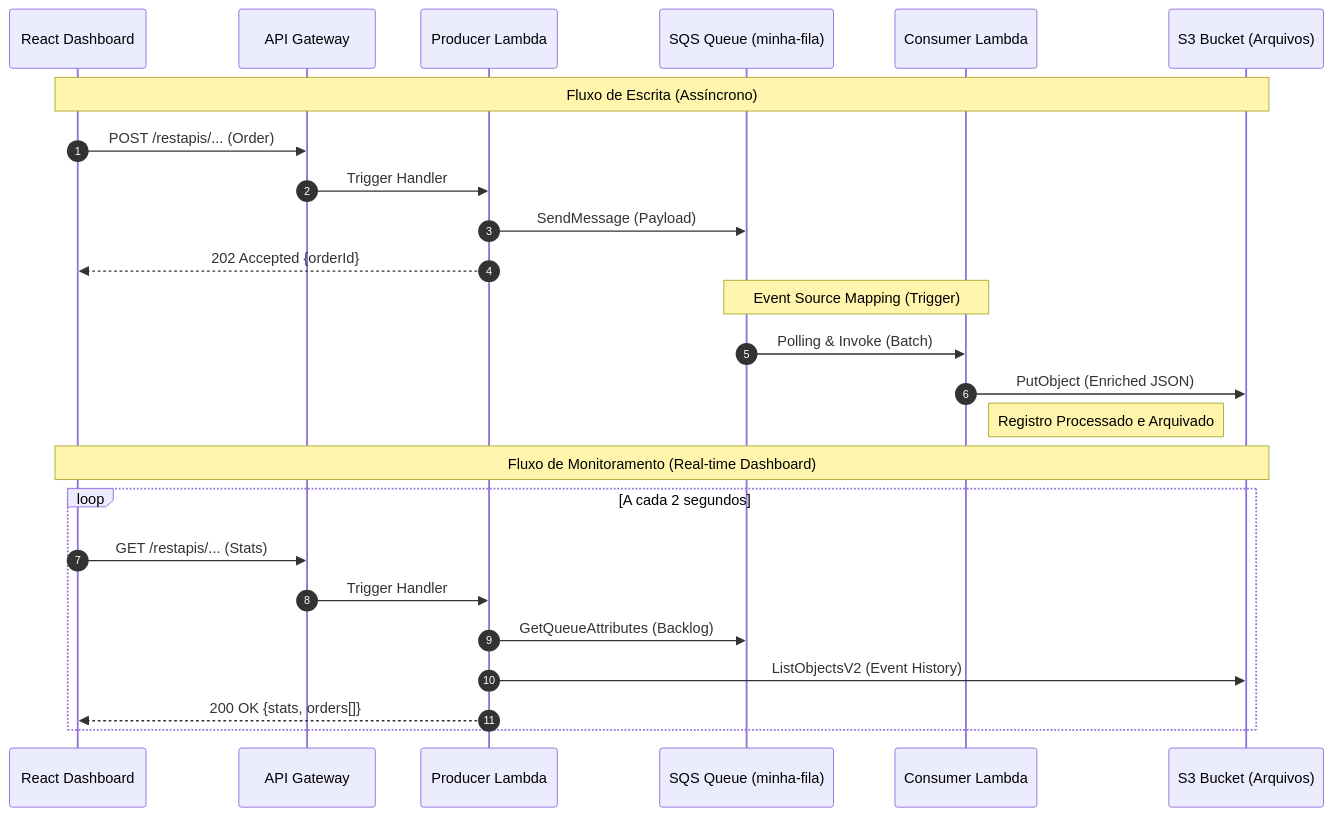
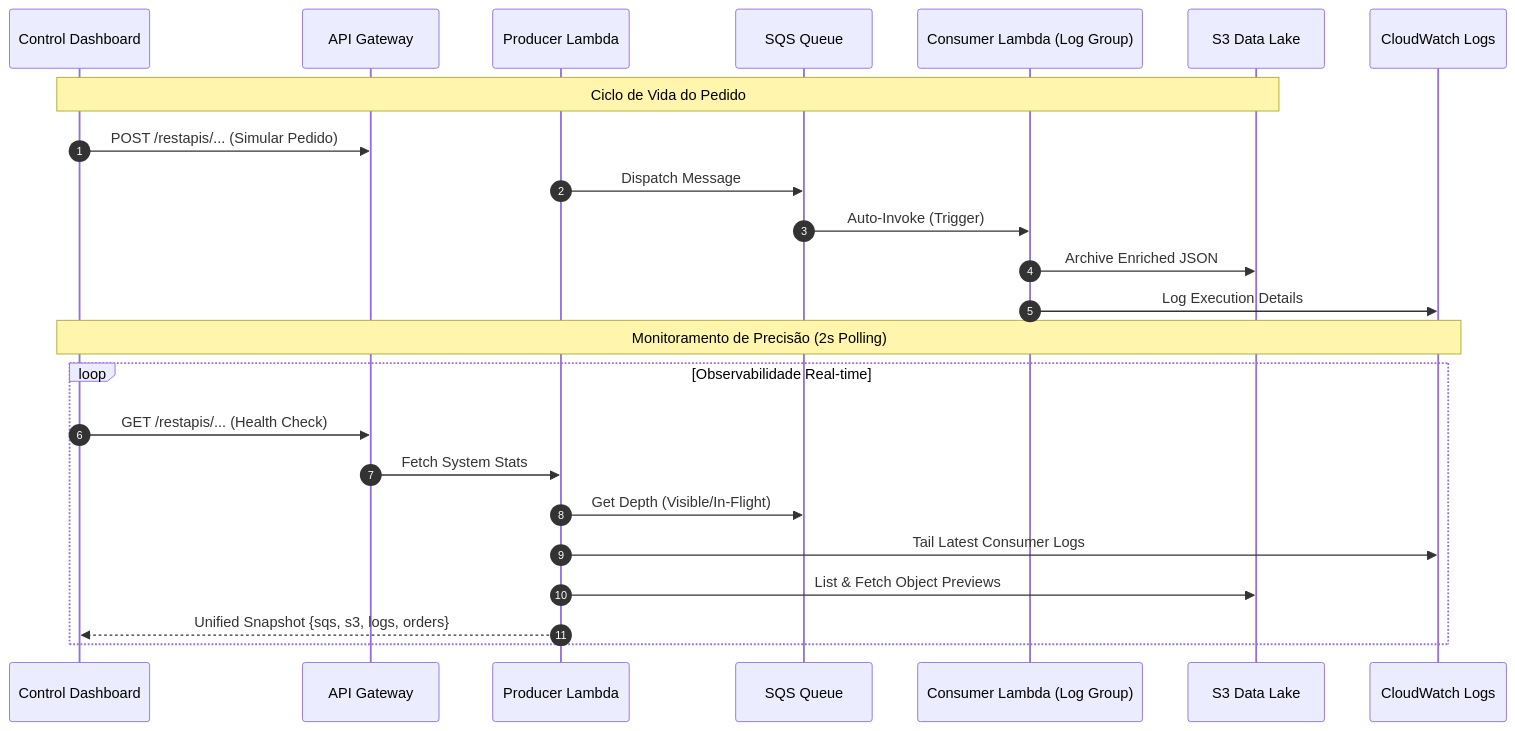
The diagram in README.md (RafaelB13/aws-study), drawn with Mermaid before and after one commit. The commit also changed other lines of this file and 16 other files, not shown here.

Commit message:
feat: Introduce CloudWatch logging and enhance dashboard with comprehensive system observability, including SQS metrics and S3 event previews.

````diff
--- a/README.md
+++ b/README.md
@@ -11,30 +11,28 @@
 ```mermaid
 sequenceDiagram
     autonumber
-    participant UI as React Dashboard
+    participant UI as Control Dashboard
     participant API as API Gateway
     participant Prod as Producer Lambda
-    participant SQS as SQS Queue (minha-fila)
-    participant Cons as Consumer Lambda
-    participant S3 as S3 Bucket (Arquivos)
+    participant SQS as SQS Queue
+    participant Cons as Consumer Lambda (Log Group)
+    participant S3 as S3 Data Lake
+    participant CW as CloudWatch Logs
 
-    Note over UI, S3: Fluxo de Escrita (Assíncrono)
-    UI->>API: POST /restapis/... (Order)
-    API->>Prod: Trigger Handler
-    Prod->>SQS: SendMessage (Payload)
-    Prod-->>UI: 202 Accepted {orderId}
+    Note over UI, S3: Ciclo de Vida do Pedido
+    UI->>API: POST /restapis/... (Simular Pedido)
+    Prod->>SQS: Dispatch Message
+    SQS->>Cons: Auto-Invoke (Trigger)
+    Cons->>S3: Archive Enriched JSON
+    Cons->>CW: Log Execution Details
 
-    Note over SQS, Cons: Event Source Mapping (Trigger)
-    SQS->>Cons: Polling & Invoke (Batch)
-    Cons->>S3: PutObject (Enriched JSON)
-    Note right of Cons: Registro Processado e Arquivado
-
-    Note over UI, S3: Fluxo de Monitoramento (Real-time Dashboard)
-    loop A cada 2 segundos
-        UI->>API: GET /restapis/... (Stats)
-        API->>Prod: Trigger Handler
-        Prod->>SQS: GetQueueAttributes (Backlog)
-        Prod->>S3: ListObjectsV2 (Event History)
-        Prod-->>UI: 200 OK {stats, orders[]}
+    Note over UI, CW: Monitoramento de Precisão (2s Polling)
+    loop Observabilidade Real-time
+        UI->>API: GET /restapis/... (Health Check)
+        API->>Prod: Fetch System Stats
+        Prod->>SQS: Get Depth (Visible/In-Flight)
+        Prod->>CW: Tail Latest Consumer Logs
+        Prod->>S3: List & Fetch Object Previews
+        Prod-->>UI: Unified Snapshot {sqs, s3, logs, orders}
     end
 ```
````
